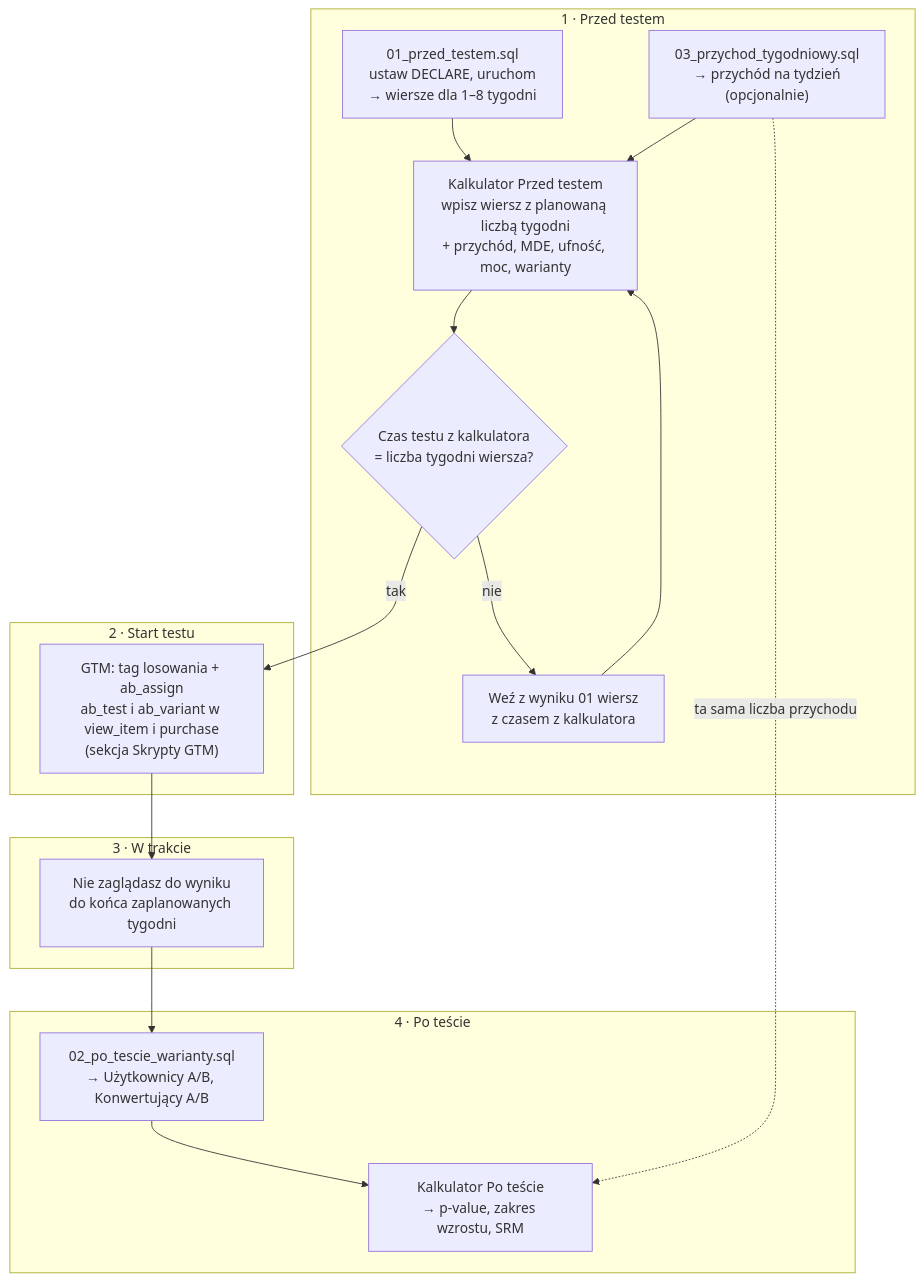
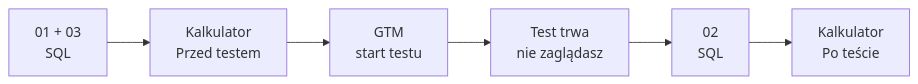
The diagram in README.md (pmackowka/ga4-ab-testing-template), drawn with Mermaid before and after one commit. The commit also changed other lines of this file, not shown here.

Commit message:
docs: mniejszy diagram kroków, benchmark CUPED zamiast TODO
docs: mniejszy diagram kroków, benchmark CUPED vs testy sekwencyjne zamiast TODO

````diff
--- a/README.md
+++ b/README.md
@@ -36,31 +31,4 @@
 ```mermaid
-flowchart TD
-    subgraph PRZED["1 · Przed testem"]
-        A["01_przed_testem.sql<br/>ustaw DECLARE, uruchom<br/>→ wiersze dla 1–8 tygodni"]
-        B["03_przychod_tygodniowy.sql<br/>→ przychód na tydzień<br/>(opcjonalnie)"]
-        C["Kalkulator Przed testem<br/>wpisz wiersz z planowaną liczbą tygodni<br/>+ przychód, MDE, ufność, moc, warianty"]
-        D{"Czas testu z kalkulatora<br/>= liczba tygodni wiersza?"}
-        E["Weź z wyniku 01 wiersz<br/>z czasem z kalkulatora"]
-        A --> C
-        B --> C
-        C --> D
-        D -->|nie| E --> C
-    end
-
-    subgraph START["2 · Start testu"]
-        G["GTM: tag losowania + ab_assign<br/>ab_test i ab_variant w view_item i purchase<br/>(sekcja Skrypty GTM)"]
-    end
-
-    subgraph TRAKCIE["3 · W trakcie"]
-        H["Nie zaglądasz do wyniku<br/>do końca zaplanowanych tygodni"]
-    end
-
-    subgraph PO["4 · Po teście"]
-        I["02_po_tescie_warianty.sql<br/>→ Użytkownicy A/B, Konwertujący A/B"]
-        K["Kalkulator Po teście<br/>→ p-value, zakres wzrostu, SRM"]
-        I --> K
-    end
-
-    D -->|tak| G --> H --> I
-    B -.->|ta sama liczba przychodu| K
+flowchart LR
+    A["01 + 03<br/>SQL"] --> B["Kalkulator<br/>Przed testem"] --> C["GTM<br/>start testu"] --> D["Test trwa<br/>nie zaglądasz"] --> E["02<br/>SQL"] --> F["Kalkulator<br/>Po teście"]
 ```
````
